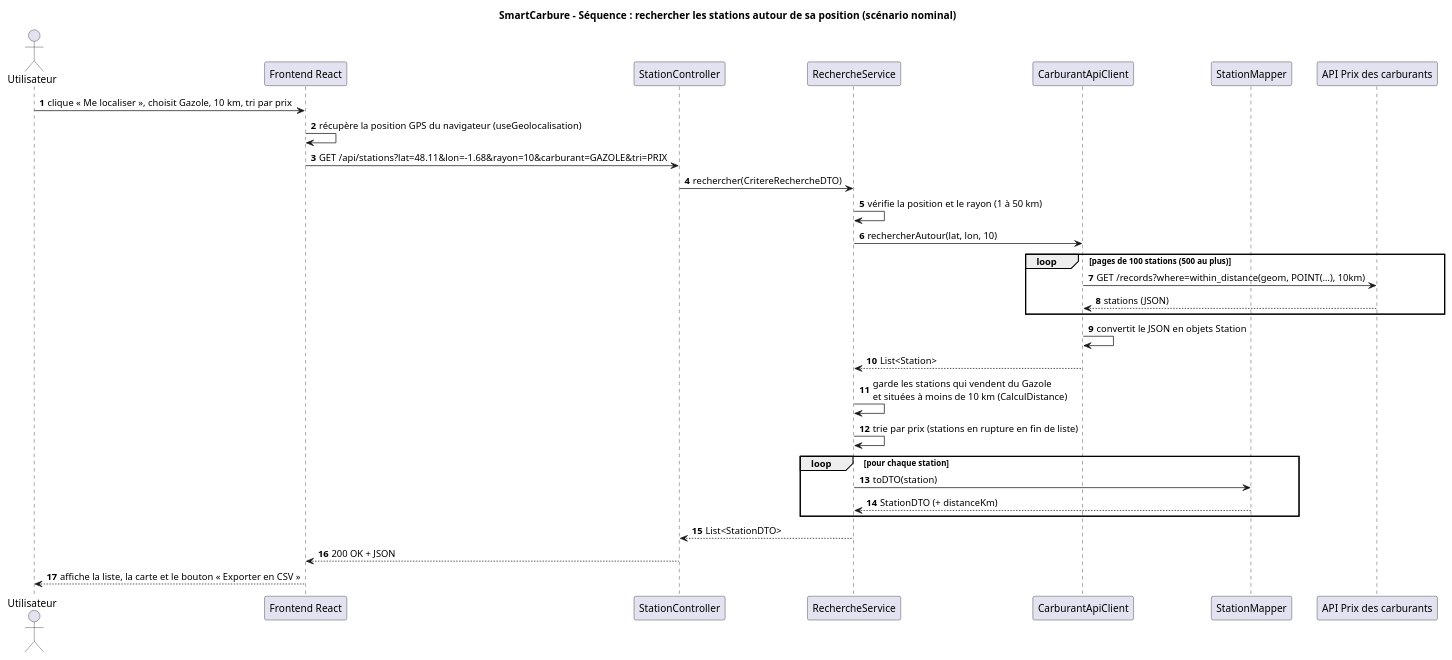
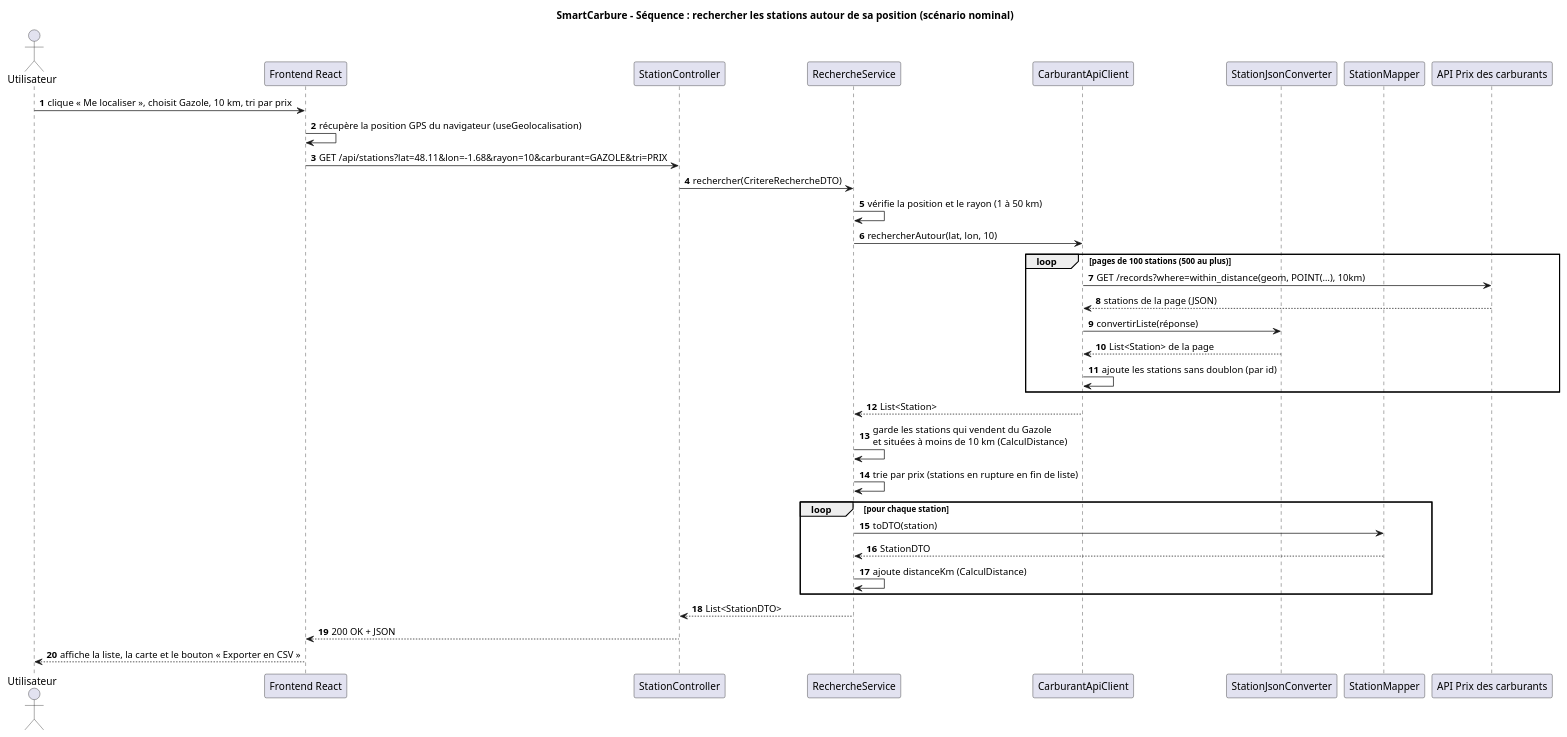
One commit to AdiyoFouad/SmartCarbure changed the diagram in docs/diagrammes/sequence_recherche.puml. Above: the diagram before and after it, drawn with PlantUML. The commit also changed 1 other file, not shown here.

Commit message:
C5 : séquence de recherche corrigée après relecture (conversion JSON par page, distance ajoutée par le service)

```diff
--- a/docs/diagrammes/sequence_recherche.puml
+++ b/docs/diagrammes/sequence_recherche.puml
@@ -1,38 +1,42 @@
 @startuml sequence_recherche
 ' Source de docs/diagrammes/sequence_recherche.png (F1 : recherche autour de sa position, scénario nominal).
 ' Les appels suivent le code de main. Après une modification, régénérer l'image avec PlantUML.
 
 title SmartCarbure - Séquence : rechercher les stations autour de sa position (scénario nominal)
 
 autonumber
 actor Utilisateur
 participant "Frontend React" as Front
 participant StationController
 participant RechercheService
 participant CarburantApiClient
+participant StationJsonConverter
 participant StationMapper
 participant "API Prix des carburants" as Api
 
 Utilisateur -> Front : clique « Me localiser », choisit Gazole, 10 km, tri par prix
 Front -> Front : récupère la position GPS du navigateur (useGeolocalisation)
 Front -> StationController : GET /api/stations?lat=48.11&lon=-1.68&rayon=10&carburant=GAZOLE&tri=PRIX
 StationController -> RechercheService : rechercher(CritereRechercheDTO)
 RechercheService -> RechercheService : vérifie la position et le rayon (1 à 50 km)
 RechercheService -> CarburantApiClient : rechercherAutour(lat, lon, 10)
 loop pages de 100 stations (500 au plus)
   CarburantApiClient -> Api : GET /records?where=within_distance(geom, POINT(…), 10km)
-  Api --> CarburantApiClient : stations (JSON)
+  Api --> CarburantApiClient : stations de la page (JSON)
+  CarburantApiClient -> StationJsonConverter : convertirListe(réponse)
+  StationJsonConverter --> CarburantApiClient : List<Station> de la page
+  CarburantApiClient -> CarburantApiClient : ajoute les stations sans doublon (par id)
 end
-CarburantApiClient -> CarburantApiClient : convertit le JSON en objets Station
 CarburantApiClient --> RechercheService : List<Station>
 RechercheService -> RechercheService : garde les stations qui vendent du Gazole\net situées à moins de 10 km (CalculDistance)
 RechercheService -> RechercheService : trie par prix (stations en rupture en fin de liste)
 loop pour chaque station
   RechercheService -> StationMapper : toDTO(station)
-  StationMapper --> RechercheService : StationDTO (+ distanceKm)
+  StationMapper --> RechercheService : StationDTO
+  RechercheService -> RechercheService : ajoute distanceKm (CalculDistance)
 end
 RechercheService --> StationController : List<StationDTO>
 StationController --> Front : 200 OK + JSON
 Front --> Utilisateur : affiche la liste, la carte et le bouton « Exporter en CSV »
 
 @enduml
```
